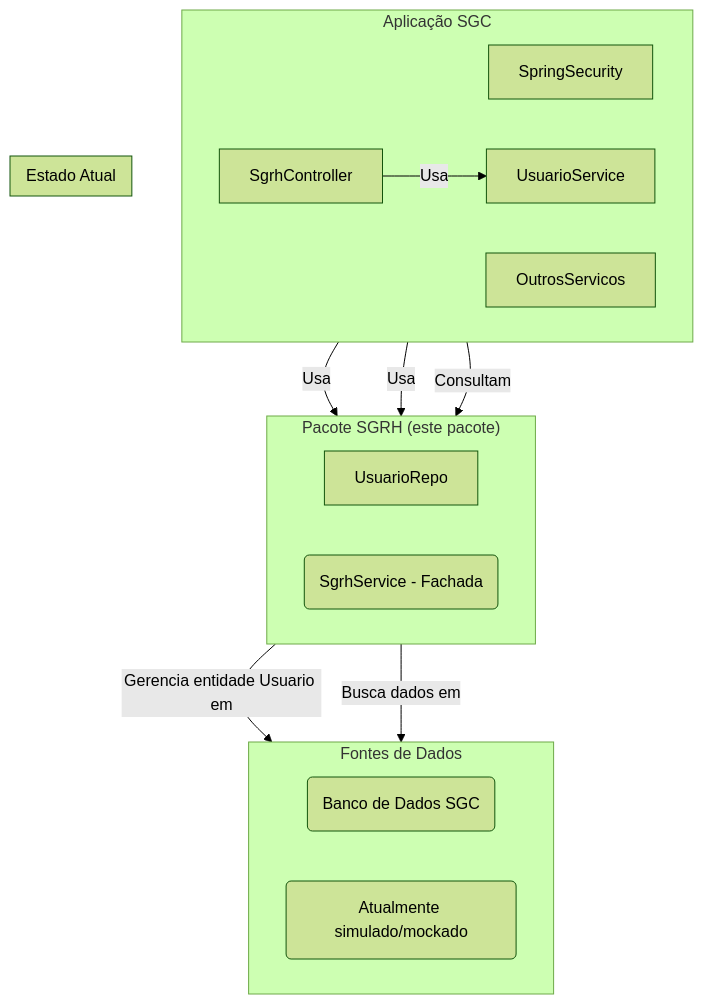
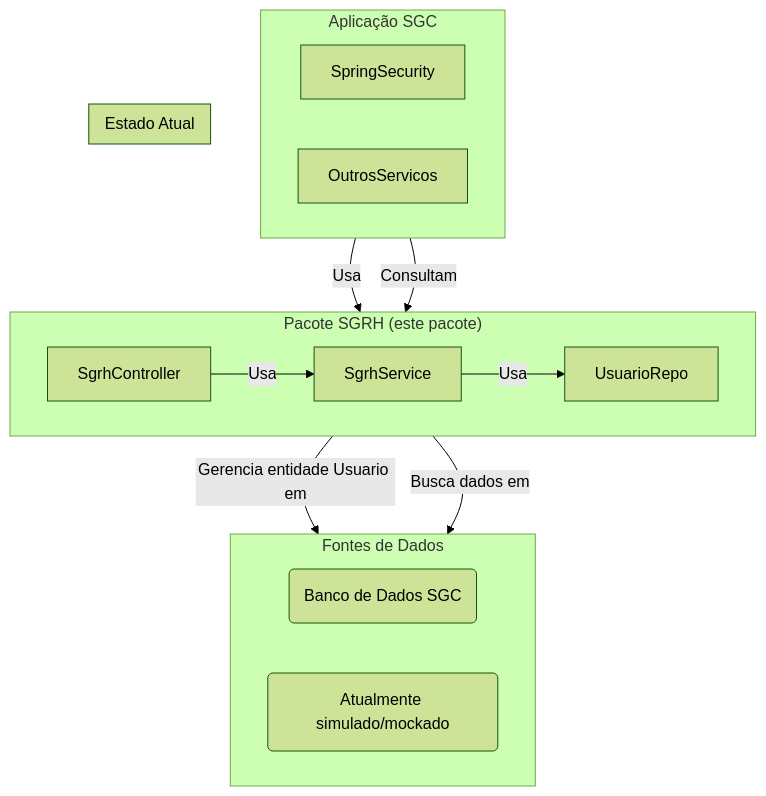
Before and after one commit to lgalvao/sgc: the diagram in backend/src/main/java/sgc/sgrh/README.md, drawn with Mermaid (forest theme). The commit also changed other lines of this file and 34 other files, not shown here.

Commit message:
refactor: update SgrhService import paths and improve code readability

````diff
--- a/backend/src/main/java/sgc/sgrh/README.md
+++ b/backend/src/main/java/sgc/sgrh/README.md
@@ -22,33 +22,33 @@
 ```mermaid
 graph TD
     subgraph "Aplicação SGC"
         direction LR
         SpringSecurity
         OutrosServicos
-        SgrhController
-        UsuarioService
     end
 
     subgraph "Pacote SGRH (este pacote)"
         direction LR
+        SgrhController
+        SgrhService
         UsuarioRepo
-        SgrhServiceFacade(SgrhService - Fachada)
     end
 
     subgraph "Fontes de Dados"
         direction LR
         DB_SGC(Banco de Dados SGC)
         SGRH_Externo(Sistema Externo de RH)
     end
 
-    SpringSecurity & UsuarioService -- Usa --> UsuarioRepo
+    SpringSecurity -- Usa --> UsuarioRepo
+    SgrhController -- Usa --> SgrhService
+    SgrhService -- Usa --> UsuarioRepo
     UsuarioRepo -- Gerencia entidade Usuario em --> DB_SGC
-    SgrhController -- Usa --> UsuarioService
 
-    OutrosServicos -- Consultam --> SgrhServiceFacade
-    SgrhServiceFacade -- Busca dados em --> SGRH_Externo
+    OutrosServicos -- Consultam --> SgrhService
+    SgrhService -- Busca dados em --> SGRH_Externo
 
     subgraph "Estado Atual"
        SGRH_Externo(Atualmente simulado/mockado)
     end
 ```
````
